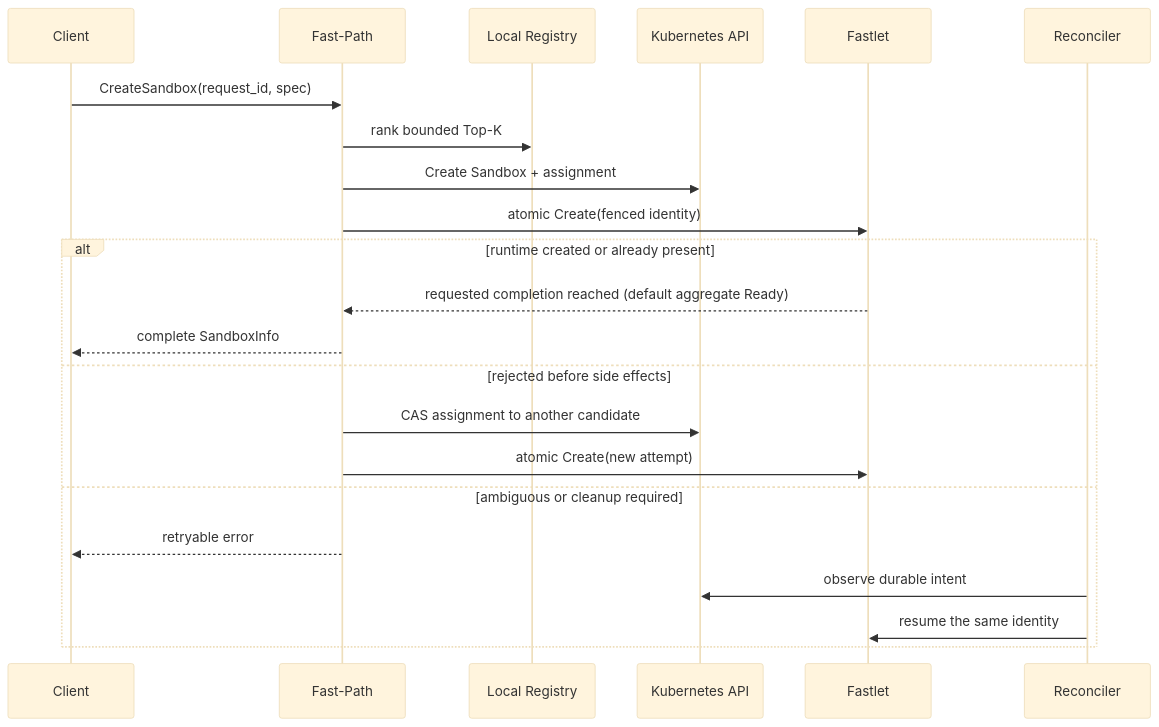
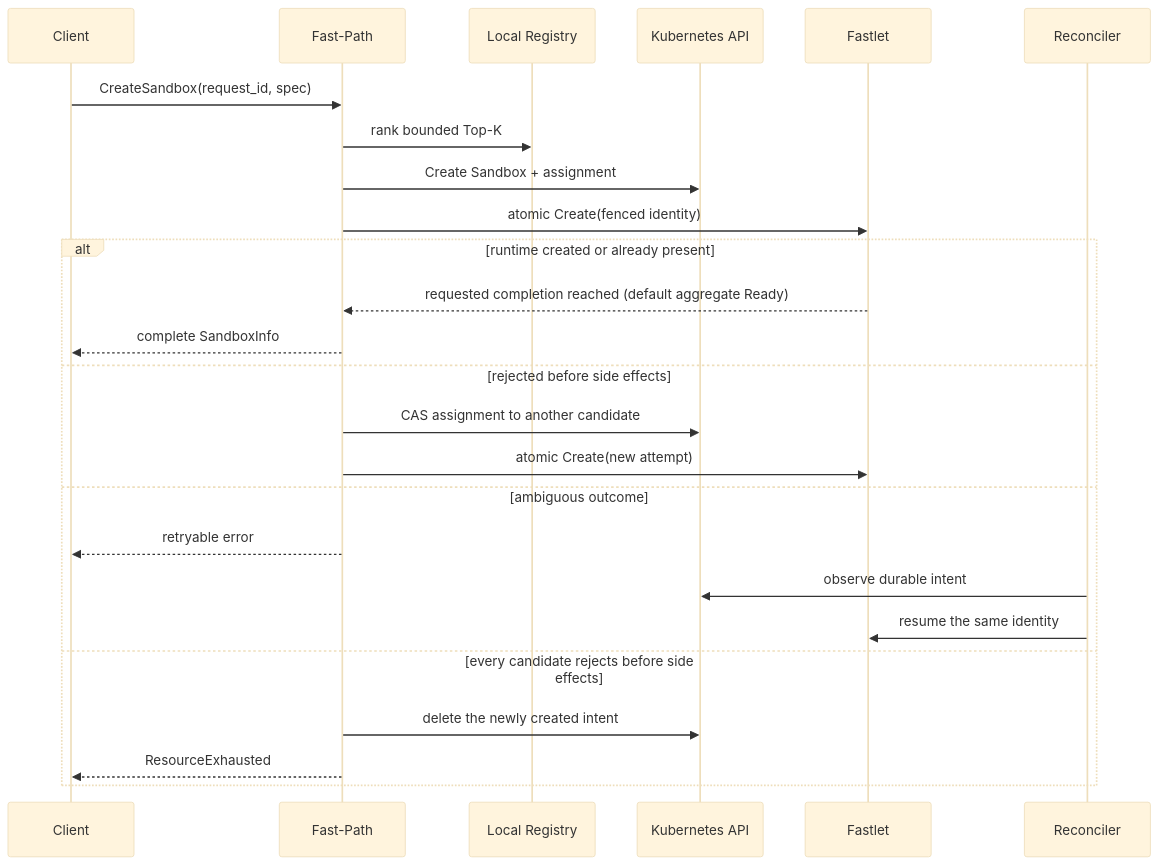
One commit to Pangjiping/fast-sandbox changed the diagram in docs/concepts/control-plane.md. Above: the diagram before and after it, drawn with Mermaid (base theme). The commit also changed other lines of this file and 112 other files, not shown here.

````diff
--- a/docs/concepts/control-plane.md
+++ b/docs/concepts/control-plane.md
@@ -38,25 +38,28 @@
 ```mermaid
 sequenceDiagram
   participant C as Client
   participant F as Fast-Path
   participant R as Local Registry
   participant K as Kubernetes API
   participant L as Fastlet
   participant RC as Reconciler
 
   C->>F: CreateSandbox(request_id, spec)
   F->>R: rank bounded Top-K
   F->>K: Create Sandbox + assignment
   F->>L: atomic Create(fenced identity)
   alt runtime created or already present
     L-->>F: requested completion reached (default aggregate Ready)
     F-->>C: complete SandboxInfo
   else rejected before side effects
     F->>K: CAS assignment to another candidate
     F->>L: atomic Create(new attempt)
-  else ambiguous or cleanup required
+  else ambiguous outcome
     F-->>C: retryable error
     RC->>K: observe durable intent
     RC->>L: resume the same identity
+  else every candidate rejects before side effects
+    F->>K: delete the newly created intent
+    F-->>C: ResourceExhausted
   end
 ```
````
